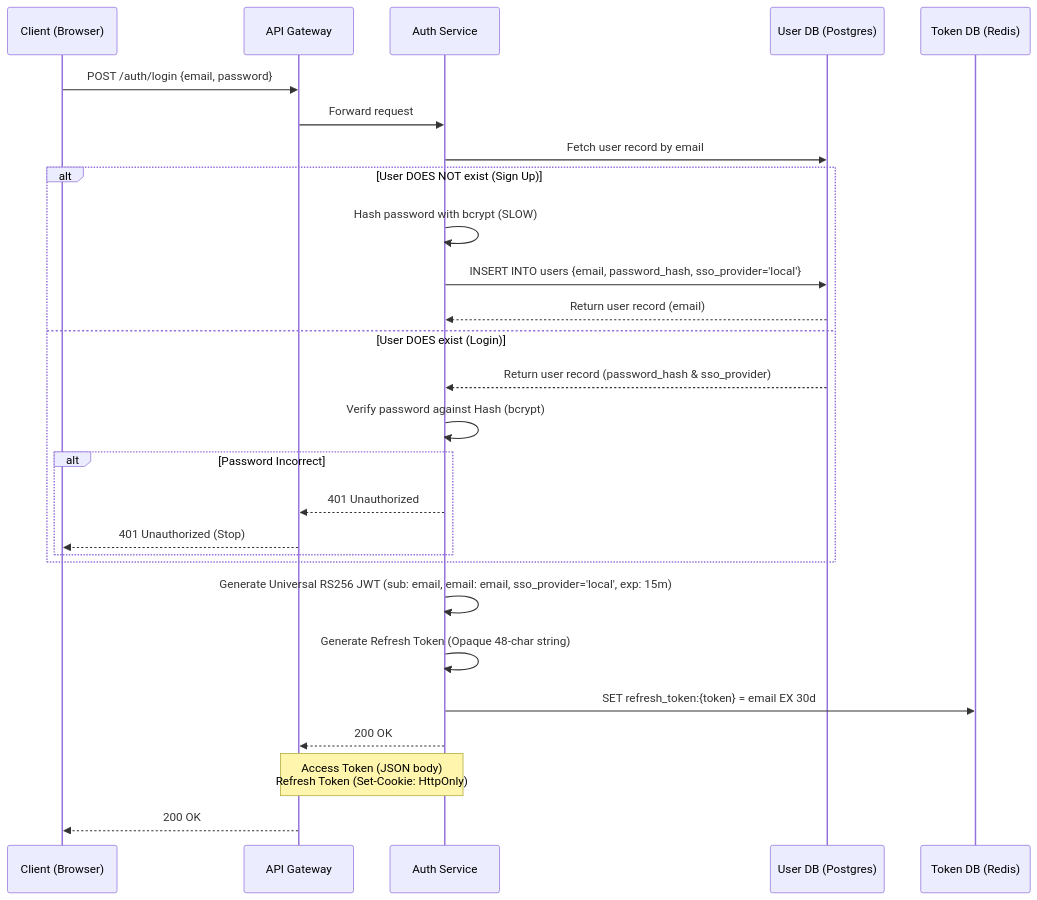
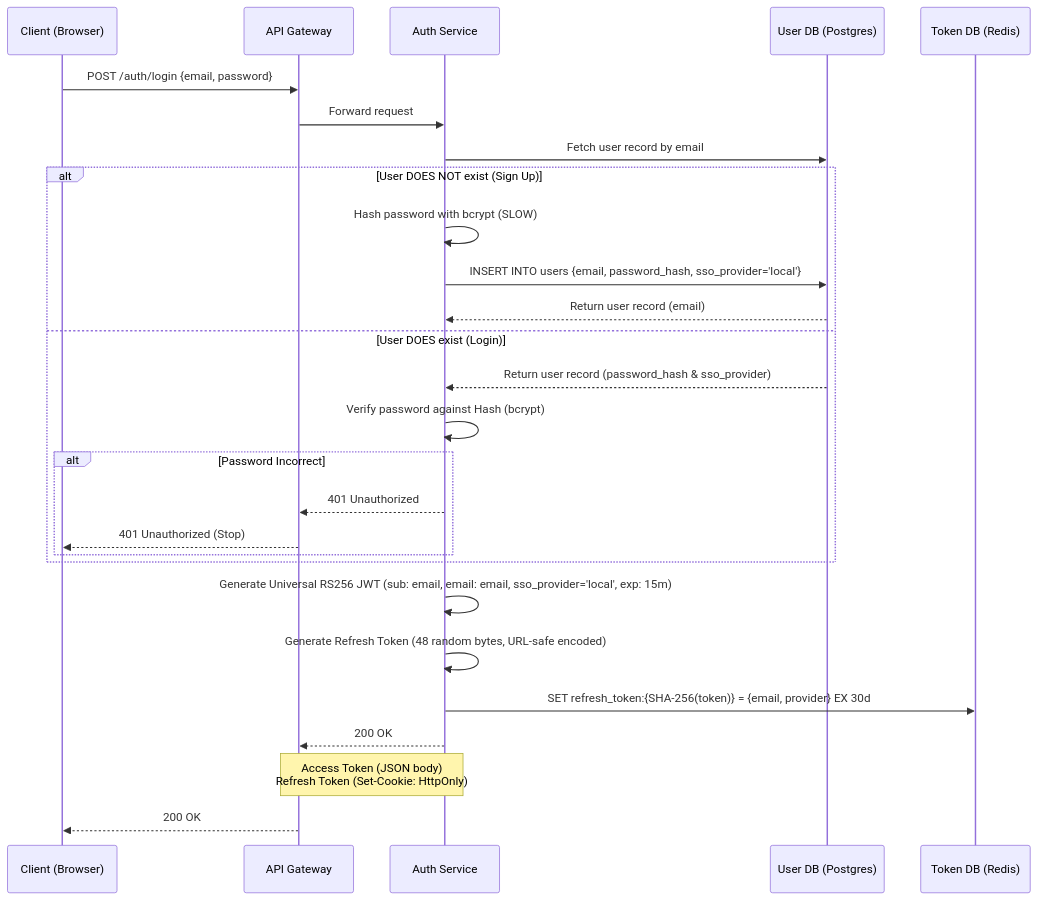
One commit to boycececil666gmailcom/Microservice-Auth-Platform changed the first of 4 diagrams in design/auth/01-auth-flow.md. Above: the diagram before and after it, drawn with Mermaid. The commit also changed other lines of this file and 78 other files, not shown here.

````diff
--- a/design/auth/01-auth-flow.md
+++ b/design/auth/01-auth-flow.md
@@ -7,34 +7,34 @@
 ```mermaid
 sequenceDiagram
     participant C as Client (Browser)
     participant G as API Gateway
     participant A as Auth Service
     participant PG as User DB (Postgres)
     participant R as Token DB (Redis)
 
     C->>G: POST /auth/login {email, password}
     G->>A: Forward request
     A->>PG: Fetch user record by email
     
     alt User DOES NOT exist (Sign Up)
         A->>A: Hash password with bcrypt (SLOW)
         A->>PG: INSERT INTO users {email, password_hash, sso_provider='local'}
         PG-->>A: Return user record (email)
     else User DOES exist (Login)
         PG-->>A: Return user record (password_hash & sso_provider)
         A->>A: Verify password against Hash (bcrypt)
         alt Password Incorrect
             A-->>G: 401 Unauthorized
             G-->>C: 401 Unauthorized (Stop)
         end
     end
     
     A->>A: Generate Universal RS256 JWT (sub: email, email: email, sso_provider='local', exp: 15m)
-    A->>A: Generate Refresh Token (Opaque 48-char string)
+    A->>A: Generate Refresh Token (48 random bytes, URL-safe encoded)
     
-    A->>R: SET refresh_token:{token} = email EX 30d
+    A->>R: SET refresh_token:{SHA-256(token)} = {email, provider} EX 30d
     
     A-->>G: 200 OK
     Note over A,G: Access Token (JSON body)<br/>Refresh Token (Set-Cookie: HttpOnly)
     G-->>C: 200 OK
 ```
````
